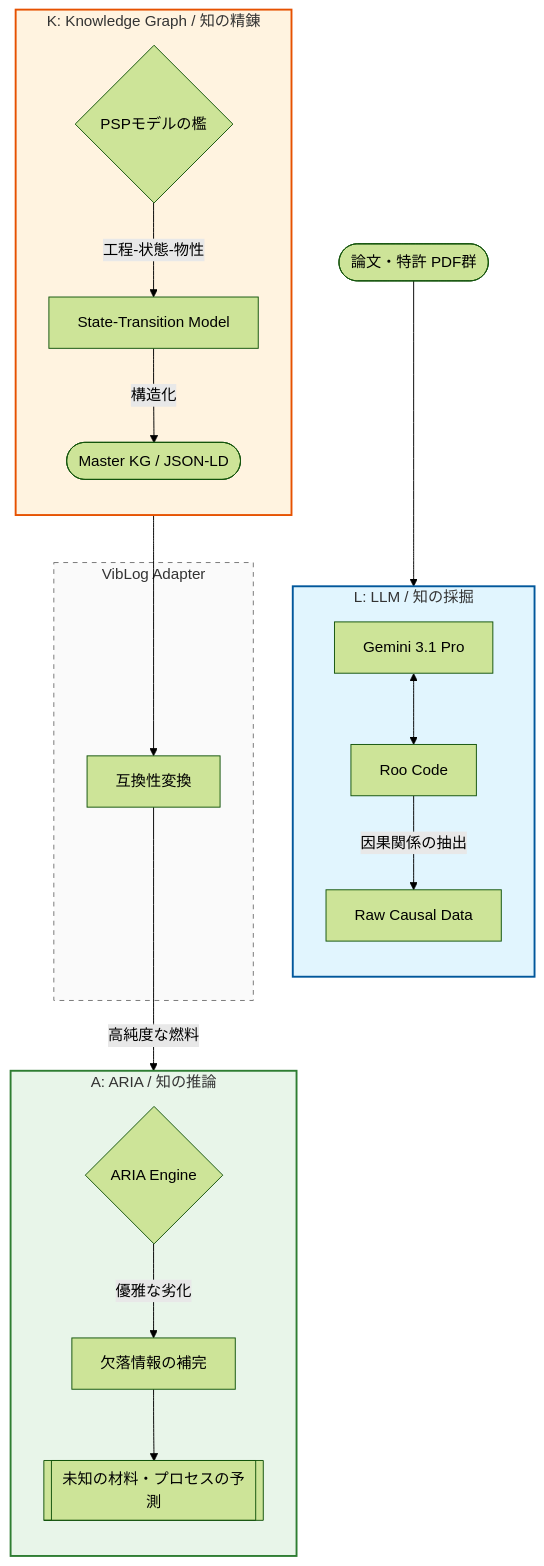
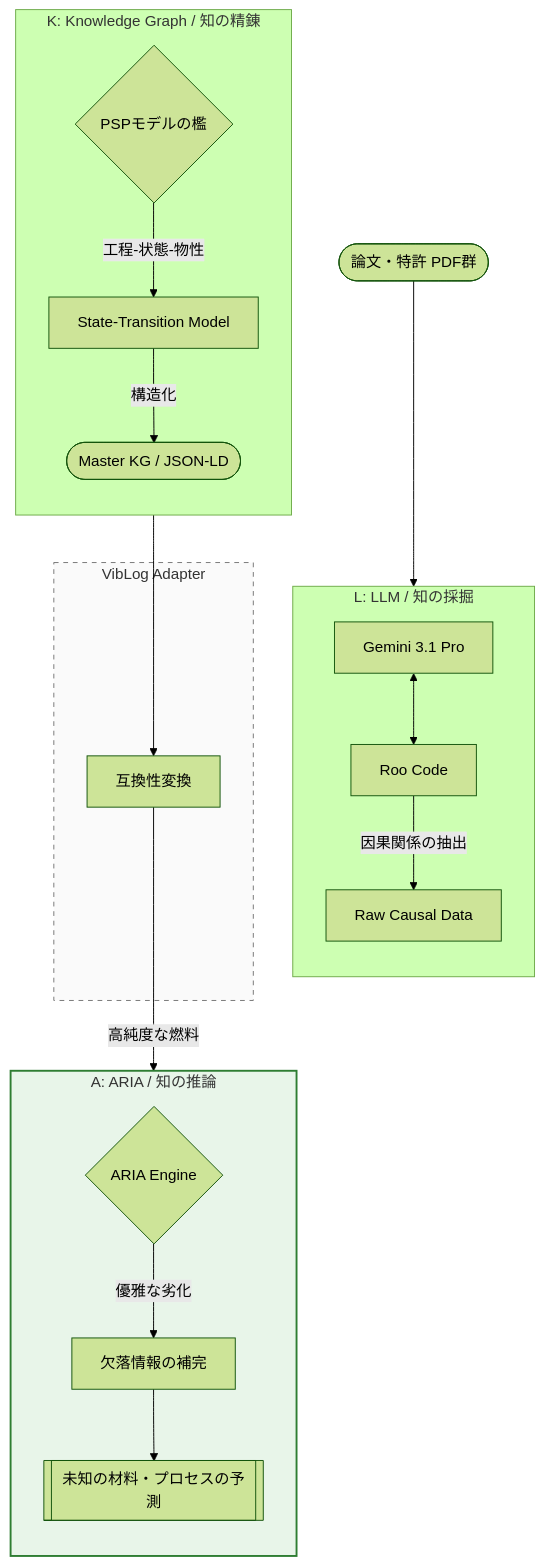
The diagram in _posts/2026-03-22-LLM_KG_2.md (Shin-ichiro-I/Shin-ichiro-I.github.io), drawn with Mermaid (forest theme) before and after one commit. The commit also changed 4 other files, not shown here.

````diff
--- a/_posts/2026-03-22-LLM_KG_2.md
+++ b/_posts/2026-03-22-LLM_KG_2.md
@@ -41,41 +41,39 @@
 ```mermaid
 graph TD
     %% 外部入力
     Input([論文・特許 PDF群]) --> L
 
     %% L: LLM 層
     subgraph L [L: LLM / 知の採掘]
         direction TB
         L1[Gemini 3.1 Pro]
         L2[Roo Code]
         L1 <--> L2
         L2 -- "因果関係の抽出" --> L3[Raw Causal Data]
     end
 
     %% K: Knowledge Graph 層
     subgraph K [K: Knowledge Graph / 知の精錬]
         direction TB
         K1{PSPモデルの檻}
         K1 -- "工程-状態-物性" --> K2[State-Transition Model]
         K2 -- "構造化" --> K3([Master KG / JSON-LD])
     end
 
     %% アダプター（第3回・4回の伏線）
     subgraph Bridge [VibLog Adapter]
         K3 --> B1[互換性変換]
     end
 
     %% A: ARIA 層
     subgraph A [A: ARIA / 知の推論]
         direction TB
         B1 -- "高純度な燃料" --> A1{ARIA Engine}
         A1 -- "優雅な劣化" --> A2[欠落情報の補完]
         A2 --> Output[[未知の材料・プロセスの予測]]
     end
 
     %% スタイリング
-    style L fill:#e1f5fe,stroke:#01579b,stroke-width:2px
-    style K fill:#fff3e0,stroke:#e65100,stroke-width:2px
     style Bridge fill:#fafafa,stroke:#757575,stroke-dasharray: 5 5
     style A fill:#e8f5e9,stroke:#2e7d32,stroke-width:2px
 ```
````
